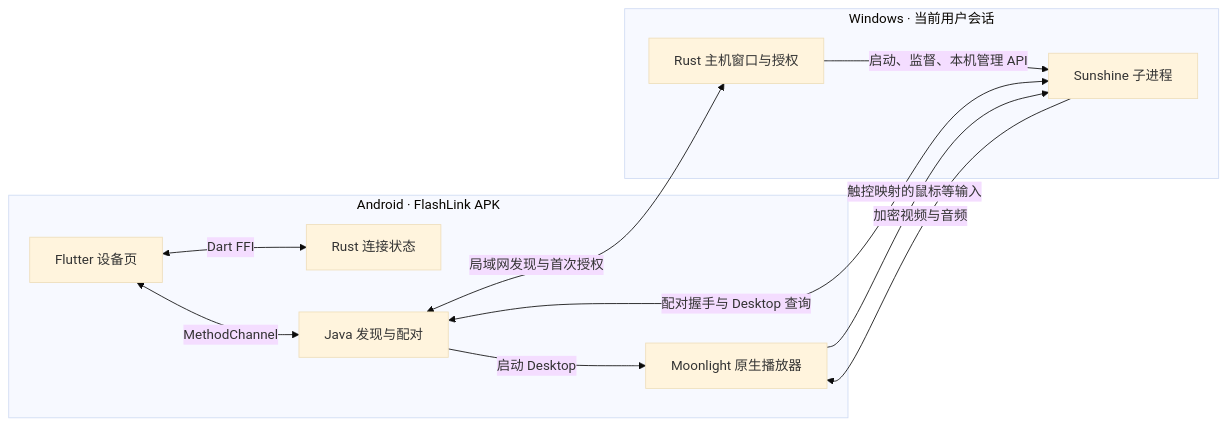
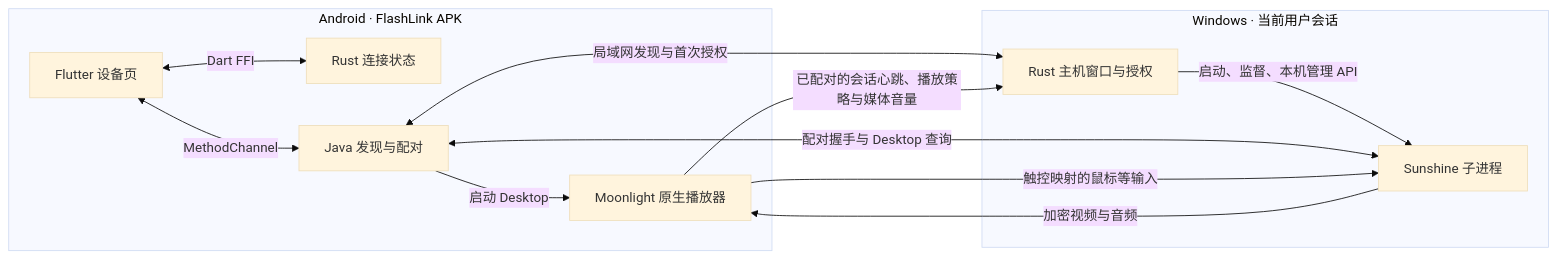
Before and after one commit to RicardoMin/FlashLink: the diagram in docs/architecture.md, drawn with Mermaid (base theme). The commit also changed other lines of this file and 21 other files, not shown here.

````diff
--- a/docs/architecture.md
+++ b/docs/architecture.md
@@ -7,21 +7,22 @@
 ```mermaid
 flowchart LR
   subgraph Android["Android · FlashLink APK"]
     UI["Flutter 设备页"]
     Core["Rust 连接状态"]
     Native["Java 发现与配对"]
     Player["Moonlight 原生播放器"]
     UI <-->|Dart FFI| Core
     UI <-->|MethodChannel| Native
     Native -->|启动 Desktop| Player
   end
   subgraph Windows["Windows · 当前用户会话"]
     Host["Rust 主机窗口与授权"]
     Sun["Sunshine 子进程"]
     Host -->|启动、监督、本机管理 API| Sun
   end
   Native <-->|局域网发现与首次授权| Host
+  Player -->|已配对的会话心跳、播放策略与媒体音量| Host
   Native <-->|配对握手与 Desktop 查询| Sun
   Sun -->|加密视频与音频| Player
   Player -->|触控映射的鼠标等输入| Sun
 ```
````
